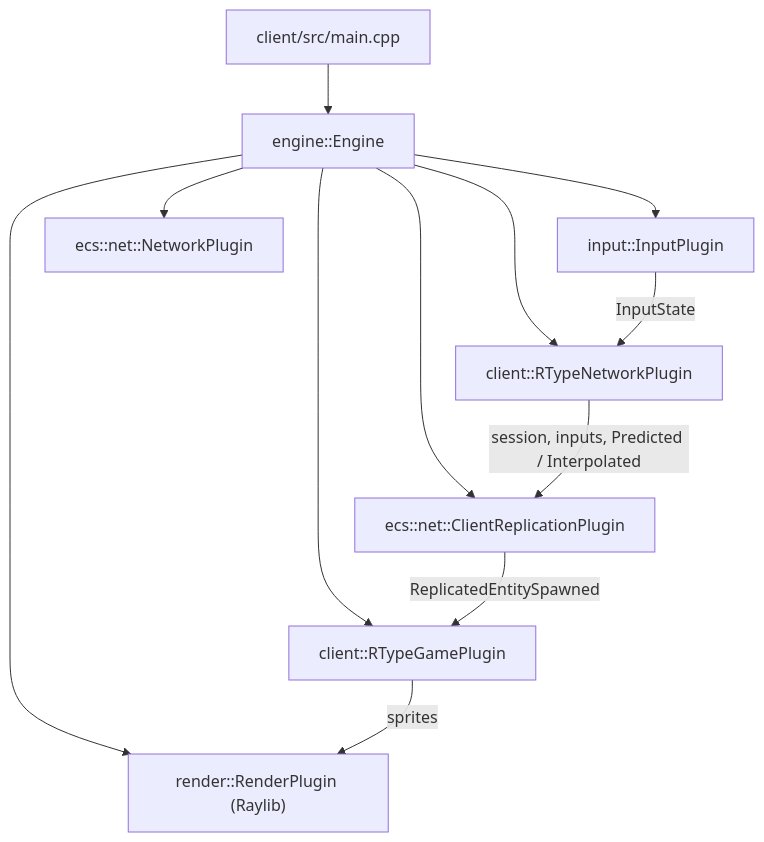
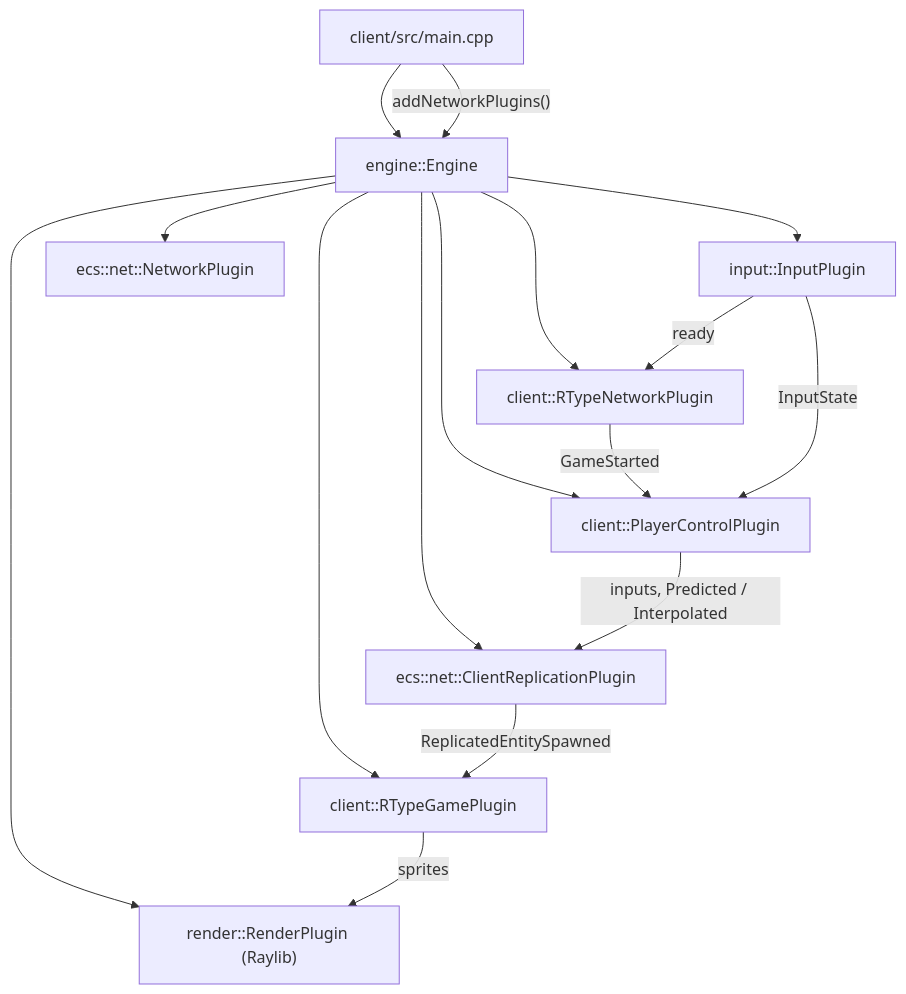
Before and after one commit to Matt4401/Mirror-Rtype: the diagram in docs/architecture/client.md, drawn with Mermaid. The commit also changed other lines of this file and 5 other files, not shown here.

````diff
--- a/docs/architecture/client.md
+++ b/docs/architecture/client.md
@@ -8,15 +8,19 @@
 ```mermaid
 flowchart TD
     Main["client/src/main.cpp"] --> Engine["engine::Engine"]
+    Main -->|"addNetworkPlugins()"| Engine
     Engine --> RenderPlugin["render::RenderPlugin (Raylib)"]
     Engine --> InputPlugin["input::InputPlugin"]
     Engine --> NetworkPlugin["ecs::net::NetworkPlugin"]
     Engine --> Replication["ecs::net::ClientReplicationPlugin"]
     Engine --> NetPlugin["client::RTypeNetworkPlugin"]
+    Engine --> Control["client::PlayerControlPlugin"]
     Engine --> GamePlugin["client::RTypeGamePlugin"]
 
-    NetPlugin -->|"session, inputs, Predicted / Interpolated"| Replication
+    NetPlugin -->|"GameStarted"| Control
+    Control -->|"inputs, Predicted / Interpolated"| Replication
     Replication -->|"ReplicatedEntitySpawned"| GamePlugin
     GamePlugin -->|"sprites"| RenderPlugin
-    InputPlugin -->|"InputState"| NetPlugin
+    InputPlugin -->|"InputState"| Control
+    InputPlugin -->|"ready"| NetPlugin
 ```
````
